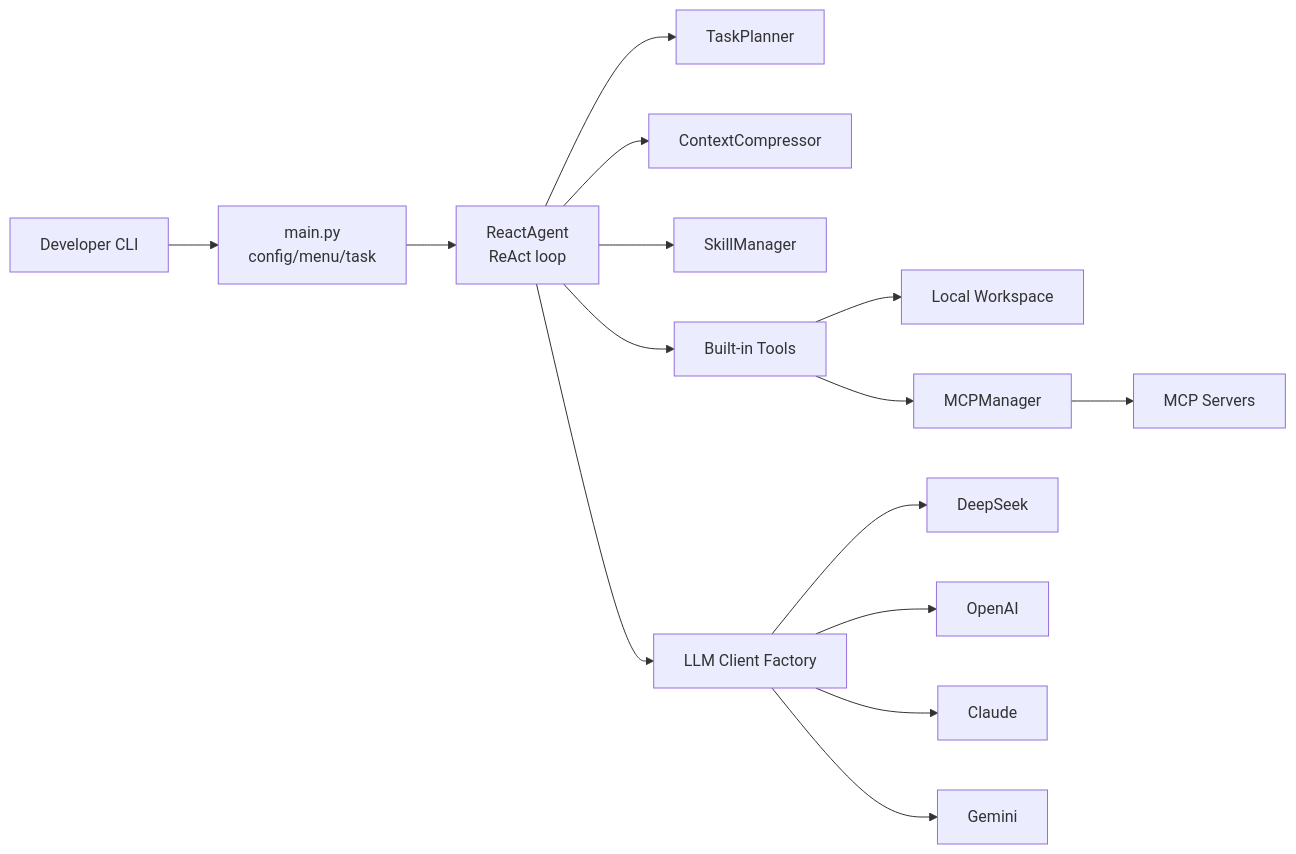
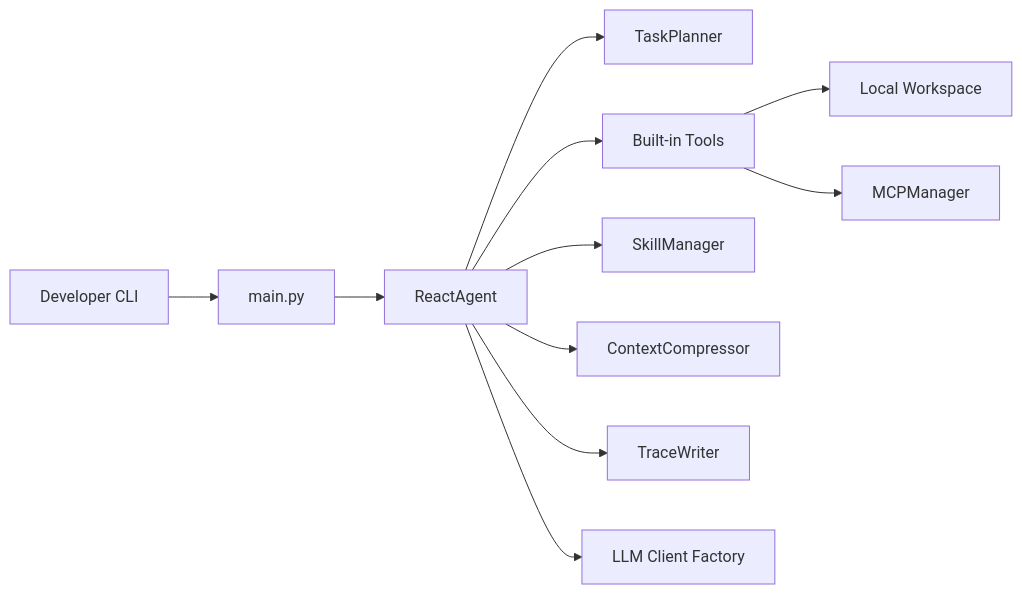
The diagram in README_EN.md (hwfengcs/DM-Code-Agent), drawn with Mermaid before and after one commit. The commit also changed other lines of this file and 24 other files, not shown here.

````diff
--- a/README_EN.md
+++ b/README_EN.md
@@ -91,17 +117,13 @@
 ```mermaid
 flowchart LR
-    User[Developer CLI] --> Main[main.py<br/>config/menu/task]
-    Main --> Agent[ReactAgent<br/>ReAct loop]
+    User[Developer CLI] --> Main[main.py]
+    Main --> Agent[ReactAgent]
     Agent --> Planner[TaskPlanner]
+    Agent --> Tools[Built-in Tools]
+    Agent --> Skills[SkillManager]
     Agent --> Memory[ContextCompressor]
-    Agent --> Skills[SkillManager]
-    Agent --> Tools[Built-in Tools]
-    Agent --> LLM[LLM Client Factory]
+    Agent --> Trace[TraceWriter]
     Tools --> Workspace[Local Workspace]
     Tools --> MCP[MCPManager]
-    MCP --> Servers[MCP Servers]
-    LLM --> DeepSeek
-    LLM --> OpenAI
-    LLM --> Claude
-    LLM --> Gemini
+    Agent --> LLM[LLM Client Factory]
 ```
````
